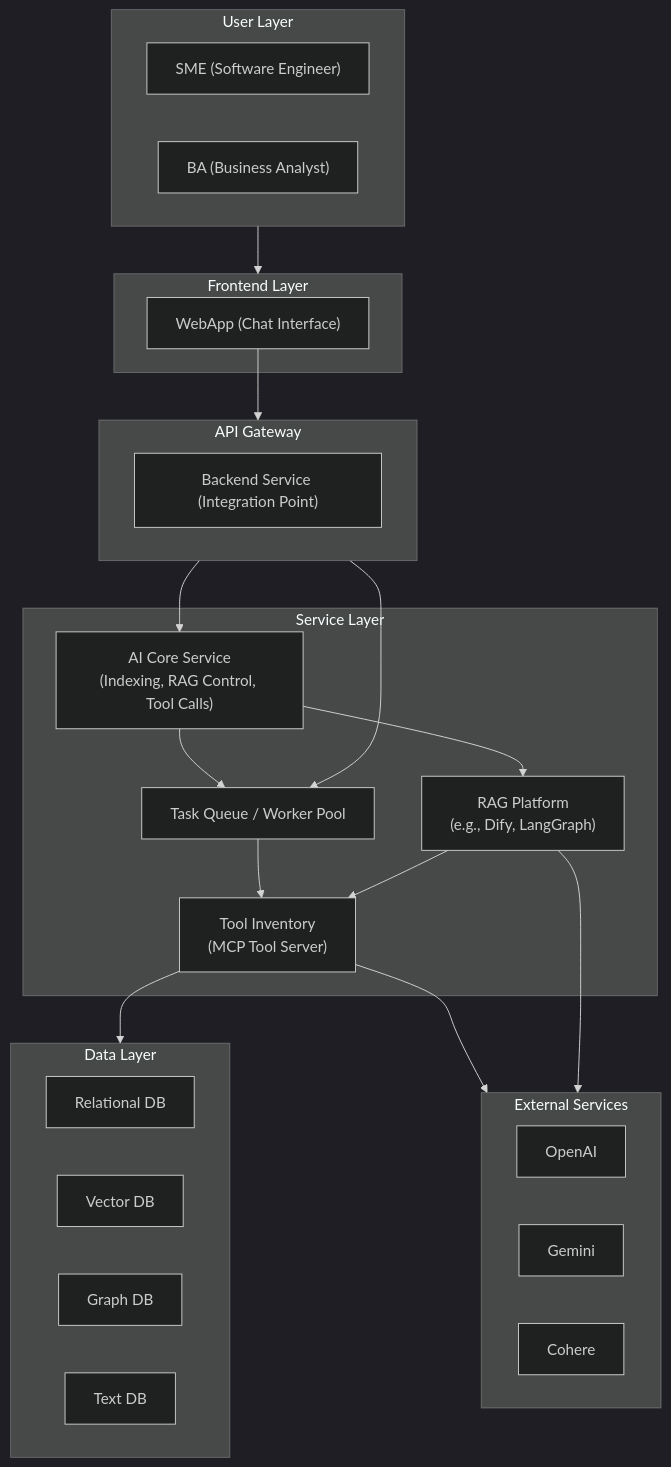
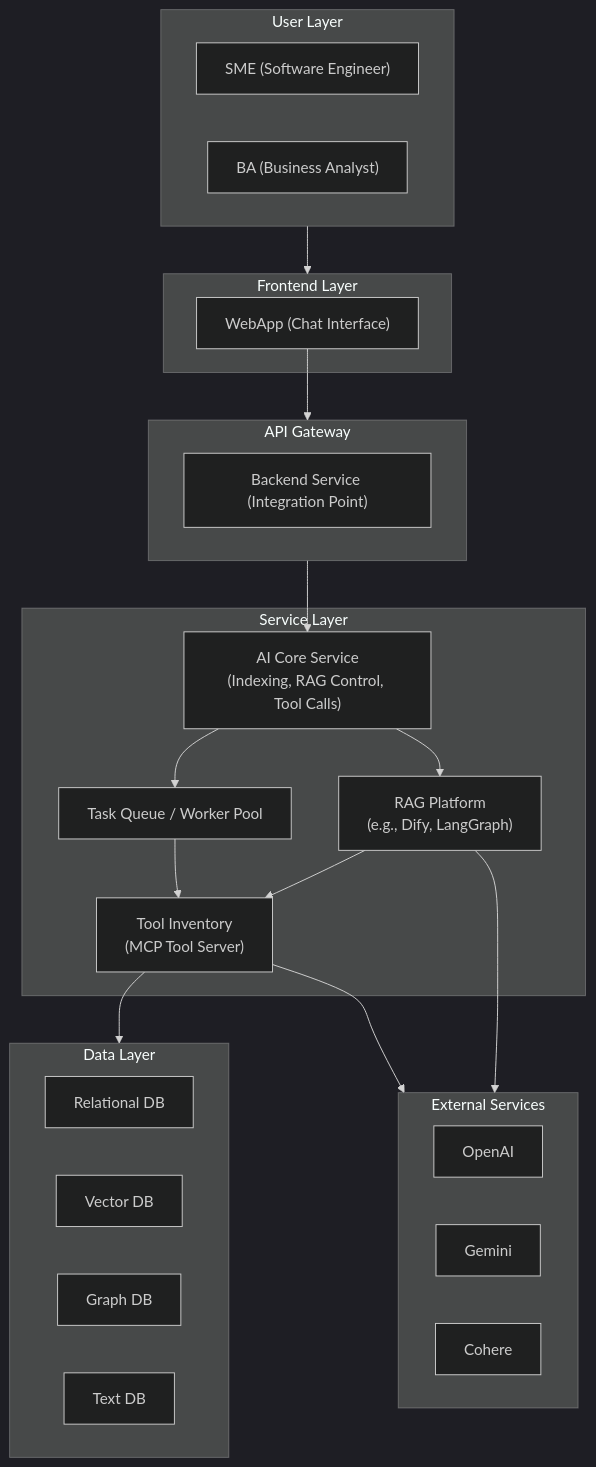
One commit to anhttmle/CAIO changed the second of 3 diagrams in Project Assistant/README.md. Above: the diagram before and after it, drawn with Mermaid (dark theme). The commit also changed other lines of this file, not shown here.

````diff
--- a/Project Assistant/README.md
+++ b/Project Assistant/README.md
@@ -28,51 +28,50 @@
 ```mermaid
 
 graph TB
     subgraph LUser["User Layer"]
         SME["SME (Software Engineer)"]
         BA["BA (Business Analyst)"]
     end
 
     subgraph LFrontend["Frontend Layer"]
         WebApp["WebApp (Chat Interface)"]
     end
 
     subgraph LAPI["API Gateway"]
         BE["Backend Service (Integration Point)"]
     end
 
     subgraph LService["Service Layer"]
         AI["AI Core Service<br>(Indexing, RAG Control, Tool Calls)"]
         Worker["Task Queue / Worker Pool"]
         RAGPlatform["RAG Platform<br>(e.g., Dify, LangGraph)"]
         ToolInventory["Tool Inventory<br>(MCP Tool Server)"]
     end
 
     subgraph LData["Data Layer"]
         RelDB["Relational DB"]
         VecDB["Vector DB"]
         GraphDB["Graph DB"]
         TextDB["Text DB"]
     end
 
     subgraph LExternal["External Services"]
         OpenAI["OpenAI"]
         Gemini["Gemini"]
         Cohere["Cohere"]
     end
 
     LUser --> LFrontend
     WebApp --> LAPI
     LAPI --> AI
     
     AI --> RAGPlatform
     AI --> Worker
-    LAPI --> Worker
     Worker --> ToolInventory
     RAGPlatform --> ToolInventory
 
     ToolInventory --> LData
     ToolInventory --> LExternal
     RAGPlatform --> LExternal
 
 ```
````
